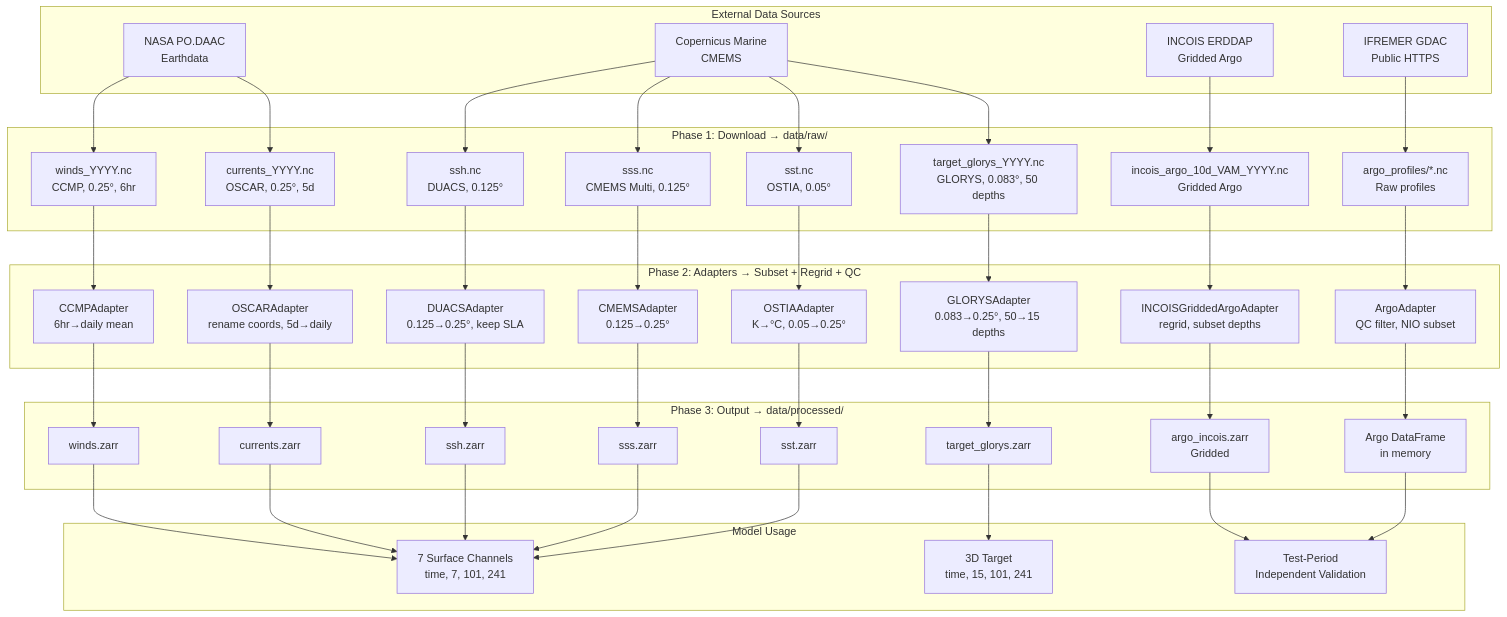
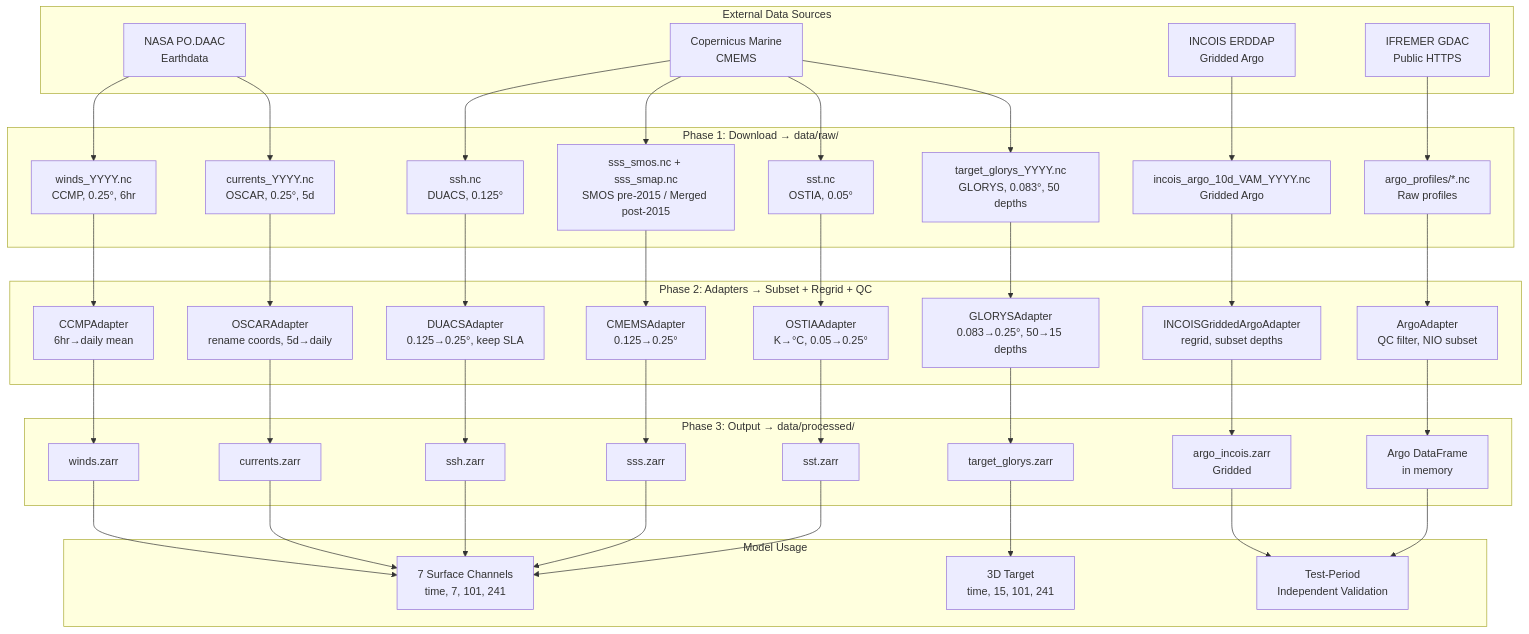
One commit to OceanEmbed-IntellAlpha/OceanEmbed changed the third of 3 diagrams in dataset_documentation.md. Above: the diagram before and after it, drawn with Mermaid. The commit also changed other lines of this file and 5 other files, not shown here.

````diff
--- a/dataset_documentation.md
+++ b/dataset_documentation.md
@@ -583,66 +596,66 @@
 ```mermaid
 flowchart TB
     subgraph SOURCES["External Data Sources"]
         CMEMS["Copernicus Marine<br/>CMEMS"]
         PODAAC["NASA PO.DAAC<br/>Earthdata"]
         IFREMER["IFREMER GDAC<br/>Public HTTPS"]
         INCOIS["INCOIS ERDDAP<br/>Gridded Argo"]
     end
 
     subgraph DOWNLOAD["Phase 1: Download → data/raw/"]
         D1["sst.nc<br/>OSTIA, 0.05°"]
-        D2["sss.nc<br/>CMEMS Multi, 0.125°"]
+        D2["sss_smos.nc + sss_smap.nc<br/>SMOS pre-2015 / Merged post-2015"]
         D3["ssh.nc<br/>DUACS, 0.125°"]
         D4["currents_YYYY.nc<br/>OSCAR, 0.25°, 5d"]
         D5["winds_YYYY.nc<br/>CCMP, 0.25°, 6hr"]
         D6["target_glorys_YYYY.nc<br/>GLORYS, 0.083°, 50 depths"]
         D7["argo_profiles/*.nc<br/>Raw profiles"]
         D8["incois_argo_10d_VAM_YYYY.nc<br/>Gridded Argo"]
     end
 
     subgraph PREPROCESS["Phase 2: Adapters → Subset + Regrid + QC"]
         A1["OSTIAAdapter<br/>K→°C, 0.05→0.25°"]
         A2["CMEMSAdapter<br/>0.125→0.25°"]
         A3["DUACSAdapter<br/>0.125→0.25°, keep SLA"]
         A4["OSCARAdapter<br/>rename coords, 5d→daily"]
         A5["CCMPAdapter<br/>6hr→daily mean"]
         A6["GLORYSAdapter<br/>0.083→0.25°, 50→15 depths"]
         A7["ArgoAdapter<br/>QC filter, NIO subset"]
         A8["INCOISGriddedArgoAdapter<br/>regrid, subset depths"]
     end
 
     subgraph OUTPUT["Phase 3: Output → data/processed/"]
         O1["sst.zarr"]
         O2["sss.zarr"]
         O3["ssh.zarr"]
         O4["currents.zarr"]
         O5["winds.zarr"]
         O6["target_glorys.zarr"]
         O7["Argo DataFrame<br/>in memory"]
         O8["argo_incois.zarr<br/>Gridded"]
     end
 
     subgraph MODEL["Model Usage"]
         INPUT["7 Surface Channels<br/>time, 7, 101, 241"]
         TARGET["3D Target<br/>time, 15, 101, 241"]
         VALID["Test-Period<br/>Independent Validation"]
     end
 
     CMEMS --> D1 & D2 & D3 & D6
     PODAAC --> D4 & D5
     IFREMER --> D7
     INCOIS --> D8
 
     D1 --> A1 --> O1
     D2 --> A2 --> O2
     D3 --> A3 --> O3
     D4 --> A4 --> O4
     D5 --> A5 --> O5
     D6 --> A6 --> O6
     D7 --> A7 --> O7
     D8 --> A8 --> O8
 
     O1 & O2 & O3 & O4 & O5 --> INPUT
     O6 --> TARGET
     O7 & O8 --> VALID
 ```
````
